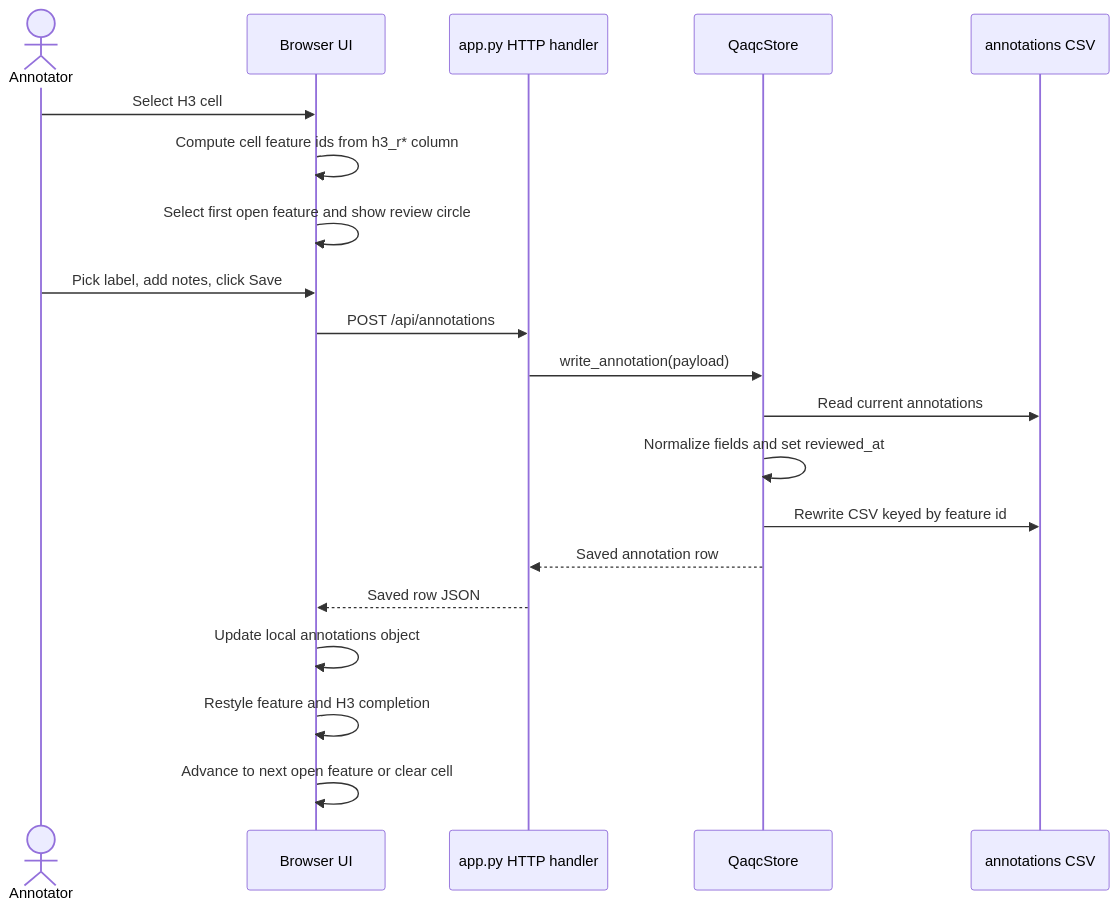
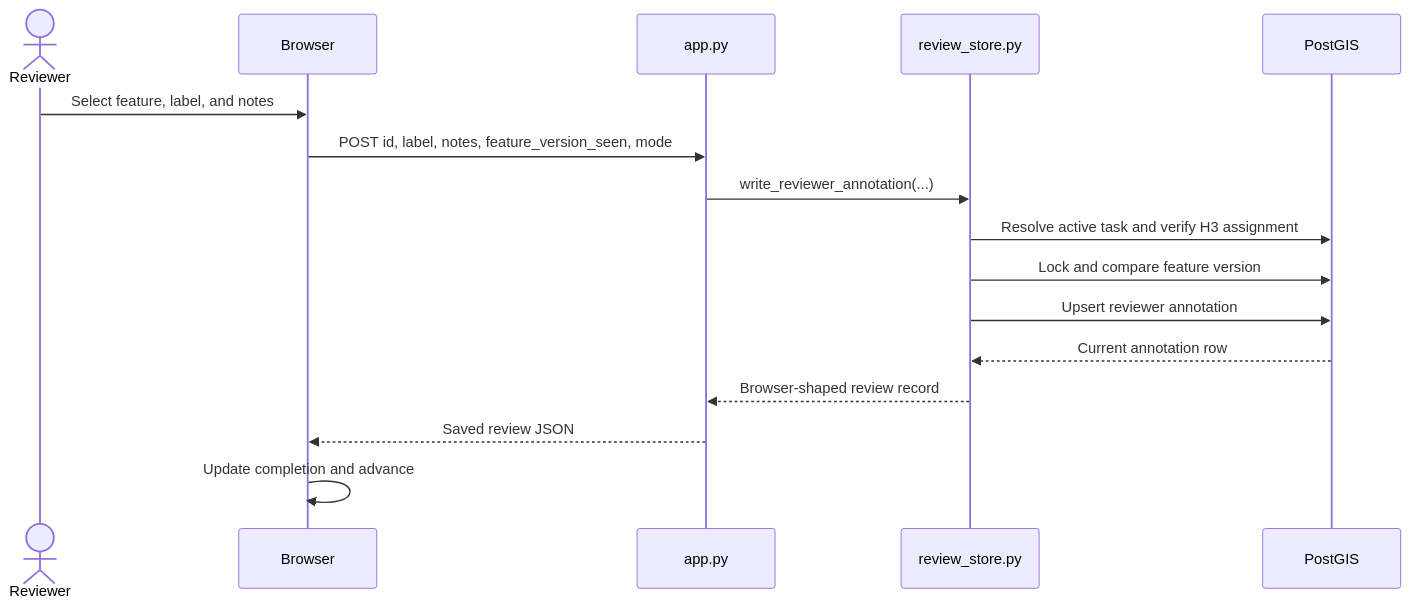
The second of 3 diagrams in flow_chart.md (kulpojke/quick-qaqc-app), drawn with Mermaid before and after one commit. The commit also changed other lines of this file and 11 other files, not shown here.

````diff
--- a/flow_chart.md
+++ b/flow_chart.md
@@ -138,23 +44,19 @@
 ```mermaid
 sequenceDiagram
-    actor Annotator
-    participant Browser as Browser UI
-    participant Server as app.py HTTP handler
-    participant Store as QaqcStore
-    participant CSV as annotations CSV
+    actor Reviewer
+    participant Browser
+    participant App as app.py
+    participant Store as review_store.py
+    participant DB as PostGIS
 
-    Annotator->>Browser: Select H3 cell
-    Browser->>Browser: Compute cell feature ids from h3_r* column
-    Browser->>Browser: Select first open feature and show review circle
-    Annotator->>Browser: Pick label, add notes, click Save
-    Browser->>Server: POST /api/annotations
-    Server->>Store: write_annotation(payload)
-    Store->>CSV: Read current annotations
-    Store->>Store: Normalize fields and set reviewed_at
-    Store->>CSV: Rewrite CSV keyed by feature id
-    Store-->>Server: Saved annotation row
-    Server-->>Browser: Saved row JSON
-    Browser->>Browser: Update local annotations object
-    Browser->>Browser: Restyle feature and H3 completion
-    Browser->>Browser: Advance to next open feature or clear cell
+    Reviewer->>Browser: Select feature, label, and notes
+    Browser->>App: POST id, label, notes, feature_version_seen, mode
+    App->>Store: write_reviewer_annotation(...)
+    Store->>DB: Resolve active task and verify H3 assignment
+    Store->>DB: Lock and compare feature version
+    Store->>DB: Upsert reviewer annotation
+    DB-->>Store: Current annotation row
+    Store-->>App: Browser-shaped review record
+    App-->>Browser: Saved review JSON
+    Browser->>Browser: Update completion and advance
 ```
````
